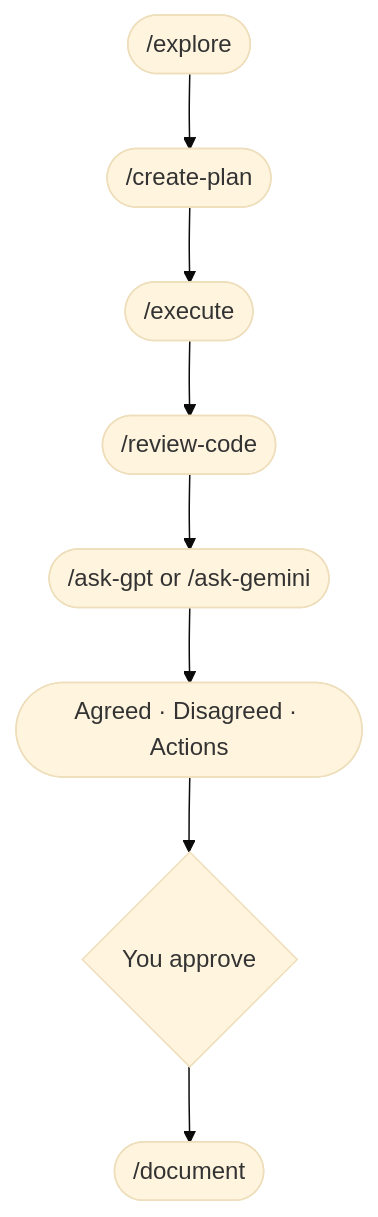
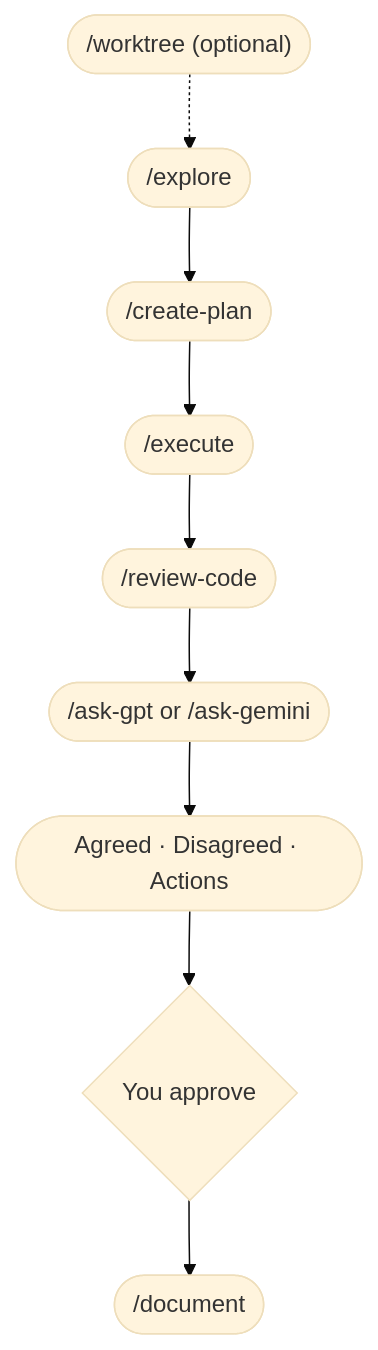
One commit to hydraInsurgent/llm-peer-review changed the diagram in README.md. Above: the diagram before and after it, drawn with Mermaid (base theme). The commit also changed other lines of this file and 4 other files, not shown here.

````diff
--- a/README.md
+++ b/README.md
@@ -13,10 +13,11 @@
 ```mermaid
 flowchart TD
-    A(["/explore"]) --> B(["/create-plan"])
+    W(["/worktree (optional)"]) -.-> A(["/explore"])
+    A --> B(["/create-plan"])
     B --> C(["/execute"])
     C --> D(["/review-code"])
     D --> E(["/ask-gpt or /ask-gemini"])
     E --> F(["Agreed · Disagreed · Actions"])
     F --> G{"You approve"}
     G --> H(["/document"])
 ```
````
